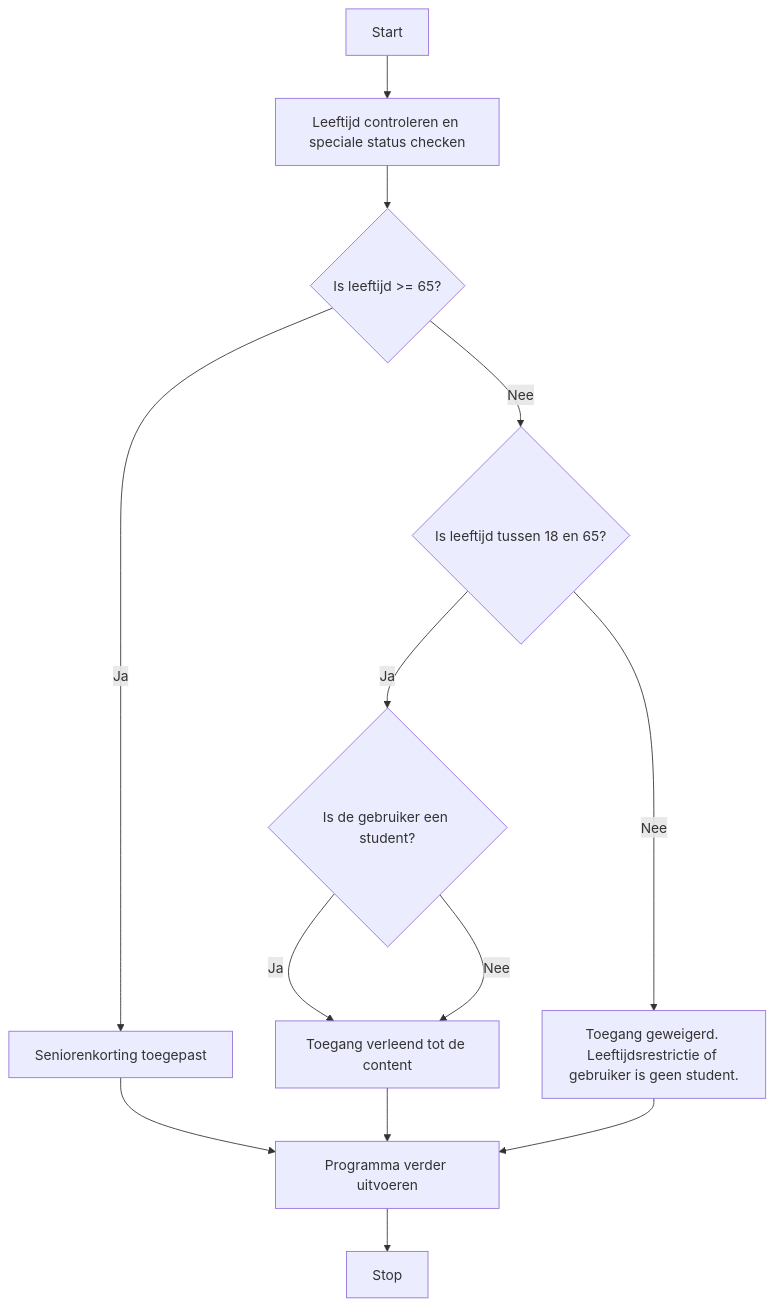
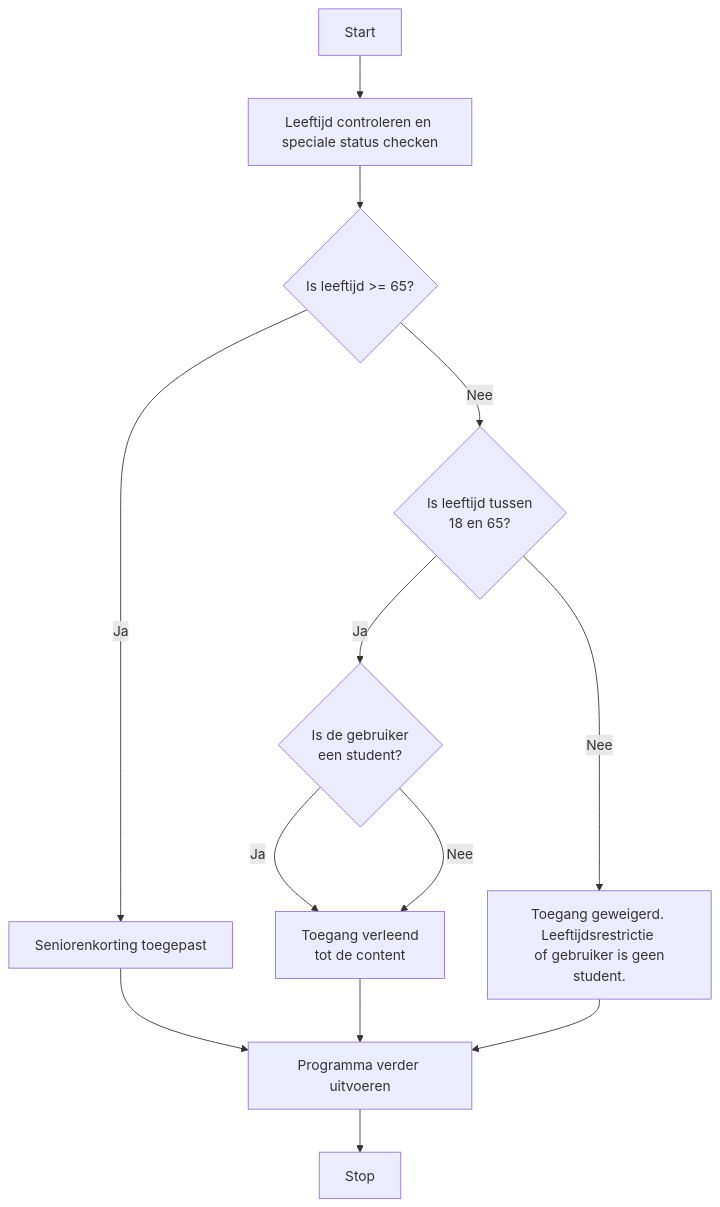
One commit to Windesheim-HBO-ICT/Leerlijn-Content-SE changed the first of 2 diagrams in content/3. Algoritmiek/1. Uitleg If-Else-Logical-Operators.md. Above: the diagram before and after it, drawn with Mermaid. The commit also changed other lines of this file and 5 other files, not shown here.

````diff
--- a/content/3. Algoritmiek/1. Uitleg If-Else-Logical-Operators.md
+++ b/content/3. Algoritmiek/1. Uitleg If-Else-Logical-Operators.md
@@ -65,15 +65,15 @@
 ```mermaid
 flowchart TD
     A[Start] --> B[Leeftijd controleren en speciale status checken]
     B --> C{Is leeftijd >= 65?}
     C -- Ja --> D[Seniorenkorting toegepast]
-    C -- Nee --> E{Is leeftijd tussen 18 en 65?}
-    E -- Ja --> G{Is de gebruiker een student?}
-    G -- Ja --> H[Toegang verleend tot de content]
+    C -- Nee --> E{Is leeftijd tussen \n 18 en 65?}
+    E -- Ja --> G{Is de gebruiker \n een student?}
+    G -- Ja --> H[Toegang verleend \n tot de content]
     G -- Nee --> H
-    E -- Nee --> F[Toegang geweigerd. Leeftijdsrestrictie of gebruiker is geen student.]
+    E -- Nee --> F[Toegang geweigerd. Leeftijdsrestrictie \n of gebruiker is geen student.]
     D --> I[Programma verder uitvoeren]
     H --> I
     F --> I
     I --> J[Stop]
 ```
````
